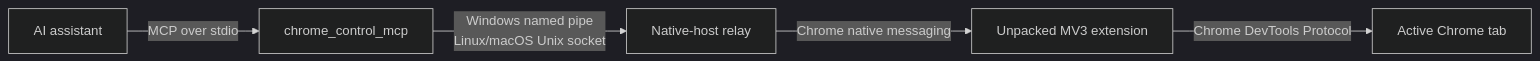
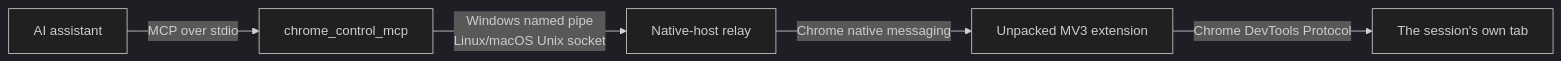
Before and after one commit to RandyNorthrup/chrome-control-mcp: the diagram in README.md, drawn with Mermaid (dark theme). The commit also changed other lines of this file and 27 other files, not shown here.

First line of the commit message:
Work beside the user: a visible tab of its own, and coordinates that land anywhere (#3)

````diff
--- a/README.md
+++ b/README.md
@@ -132,7 +133,7 @@
 ```mermaid
 flowchart LR
     A[AI assistant] -->|MCP over stdio| B[chrome_control_mcp]
     B -->|Windows named pipe<br/>Linux/macOS Unix socket| C[Native-host relay]
     C -->|Chrome native messaging| D[Unpacked MV3 extension]
-    D -->|Chrome DevTools Protocol| E[Active Chrome tab]
+    D -->|Chrome DevTools Protocol| E[The session's own tab]
 ```
````
